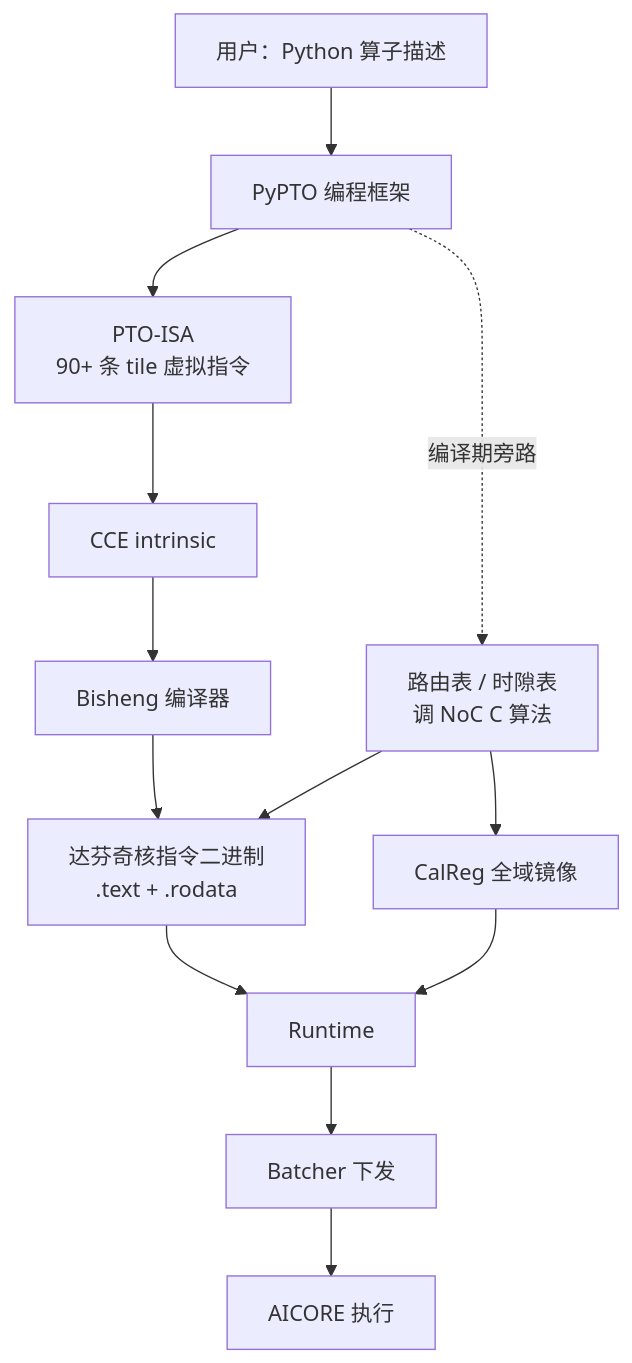
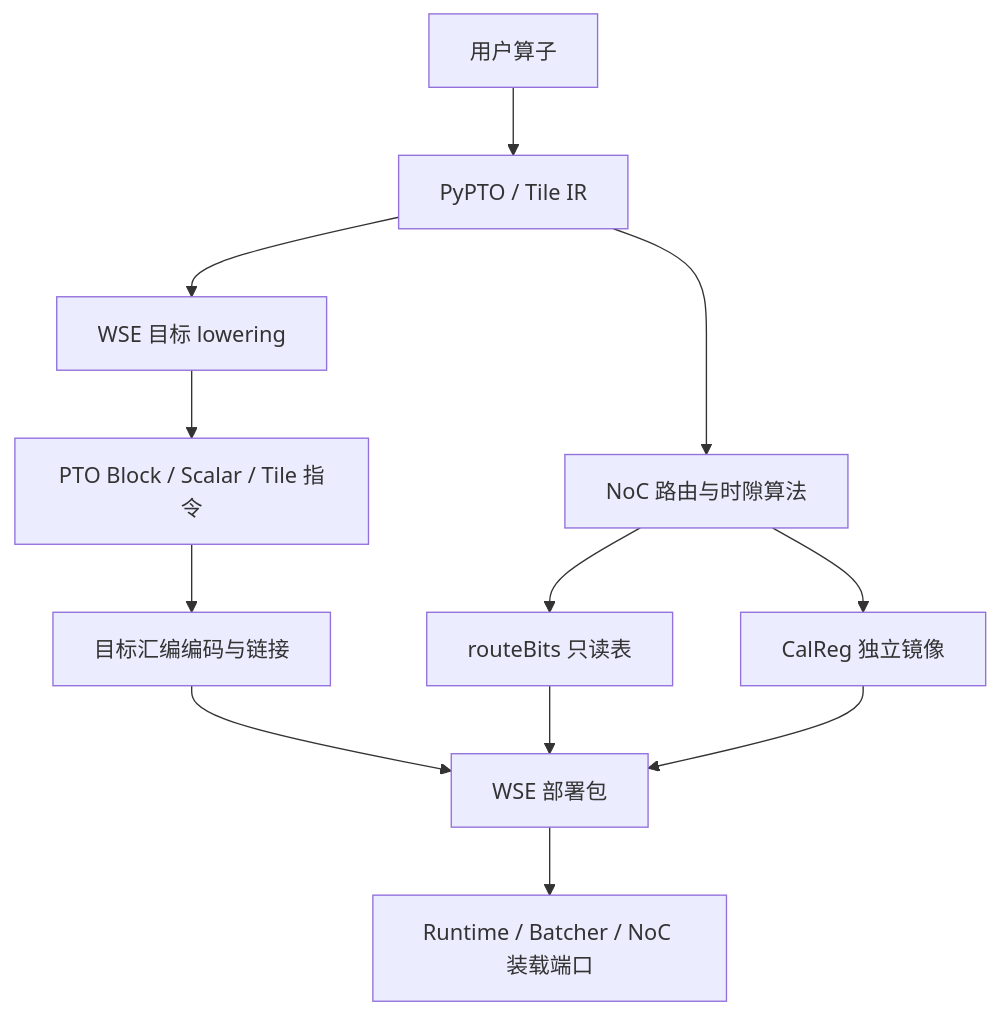
The fifth of 12 diagrams in docs/design/wse-system-architecture-whitepaper.md (PTO-ISA/wse-model), drawn with Mermaid before and after one commit. The commit also changed other lines of this file and 9 other files, not shown here.

````diff
--- a/docs/design/wse-system-architecture-whitepaper.md
+++ b/docs/design/wse-system-architecture-whitepaper.md
@@ -345,15 +384,14 @@
 ```mermaid
 flowchart TD
-  U[用户：Python 算子描述] --> P[PyPTO 编程框架]
-  P --> I[PTO-ISA<br/>90+ 条 tile 虚拟指令]
-  P -.编译期旁路.-> CAL[路由表 / 时隙表<br/>调 NoC C 算法]
-  I --> CCE[CCE intrinsic]
-  CCE --> BS[Bisheng 编译器]
-  BS --> BIN[达芬奇核指令二进制<br/>.text + .rodata]
-  CAL --> BIN
-  CAL --> REG[CalReg 全域镜像]
-  BIN --> RT[Runtime]
-  REG --> RT
-  RT --> BATCH[Batcher 下发]
-  BATCH --> HW[AICORE 执行]
+  U[用户算子] --> P[PyPTO / Tile IR]
+  P --> LOW[WSE 目标 lowering]
+  LOW --> ISA[PTO Block / Scalar / Tile 指令]
+  ISA --> BIN[目标汇编编码与链接]
+  P --> ALG[NoC 路由与时隙算法]
+  ALG --> ROD[routeBits 只读表]
+  ALG --> CAL[CalReg 独立镜像]
+  BIN --> PKG[WSE 部署包]
+  ROD --> PKG
+  CAL --> PKG
+  PKG --> RT[Runtime / Batcher / NoC 装载端口]
 ```
````
